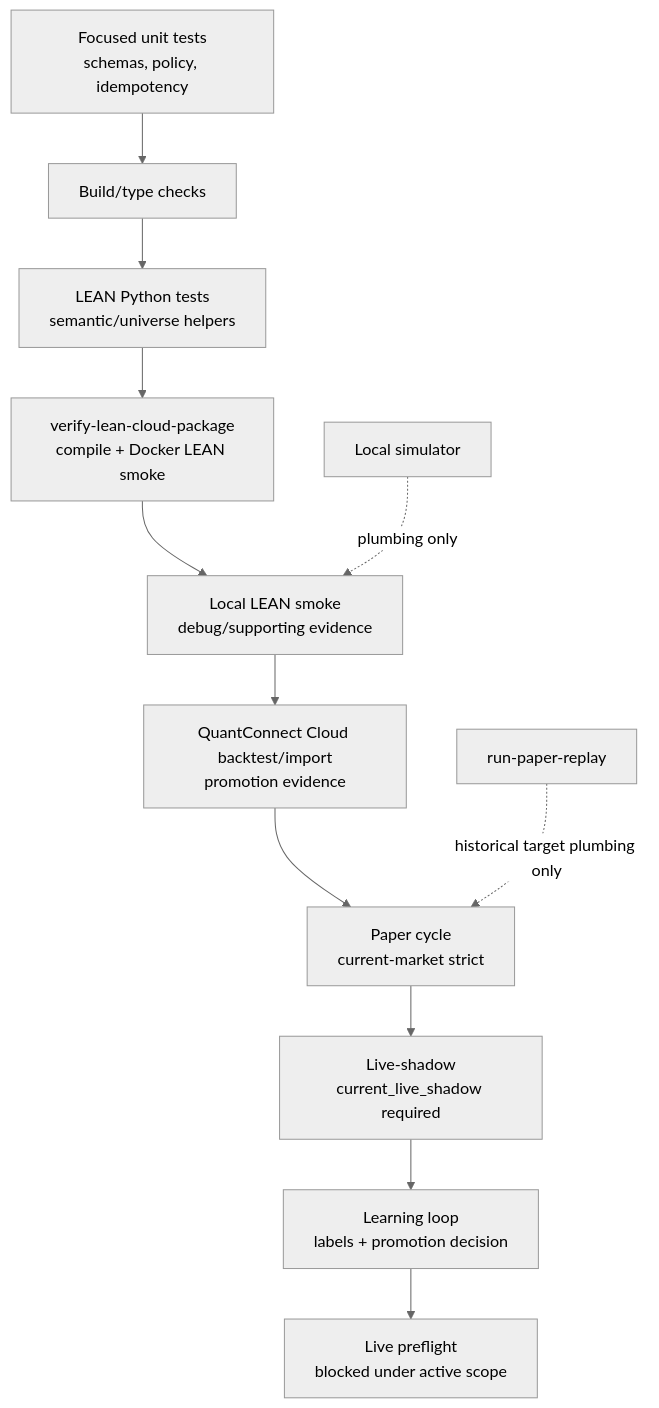
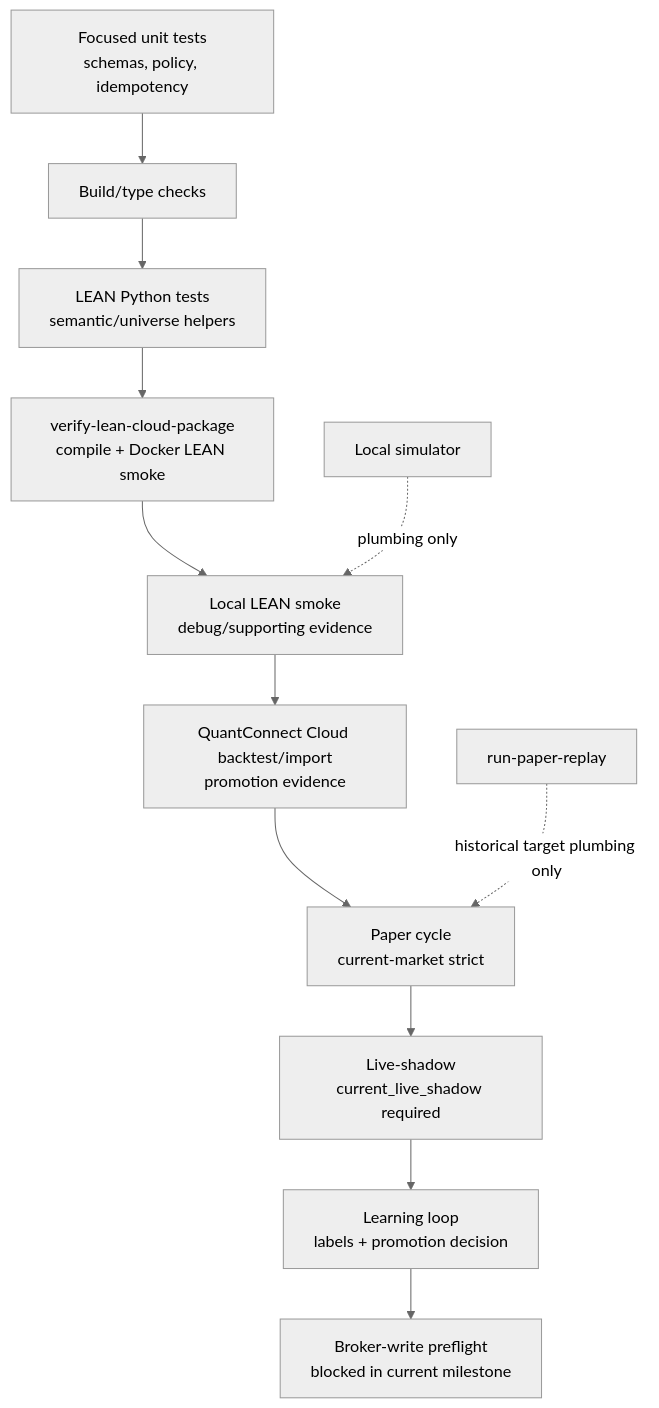
Before and after one commit to gigio1023/lincei-quant-research-engine: diagram 12 of 13 in README.md, drawn with Mermaid (neutral theme). The commit also changed other lines of this file and 14 other files, not shown here.

````diff
--- a/README.md
+++ b/README.md
@@ -349,15 +390,15 @@
 ```mermaid
 flowchart TB
     UNIT["Focused unit tests<br/>schemas, policy, idempotency"] --> BUILD["Build/type checks"]
     BUILD --> LEANPY["LEAN Python tests<br/>semantic/universe helpers"]
     LEANPY --> PACKAGE["verify-lean-cloud-package<br/>compile + Docker LEAN smoke"]
     PACKAGE --> LOCAL["Local LEAN smoke<br/>debug/supporting evidence"]
     LOCAL --> CLOUD["QuantConnect Cloud backtest/import<br/>promotion evidence"]
     CLOUD --> PAPER["Paper cycle<br/>current-market strict"]
     PAPER --> SHADOW["Live-shadow<br/>current_live_shadow required"]
     SHADOW --> LEARN["Learning loop<br/>labels + promotion decision"]
-    LEARN --> PREFLIGHT["Live preflight<br/>blocked under active scope"]
+    LEARN --> PREFLIGHT["Broker-write preflight<br/>blocked in current milestone"]
 
     SIM["Local simulator"] -. "plumbing only" .-> LOCAL
     REPLAY["run-paper-replay"] -. "historical target plumbing only" .-> PAPER
 ```
````
